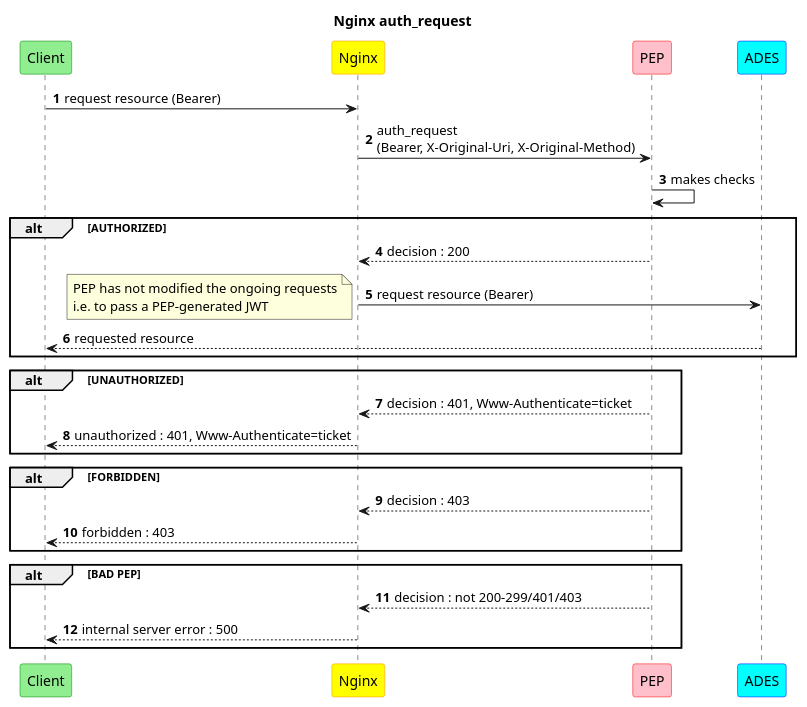
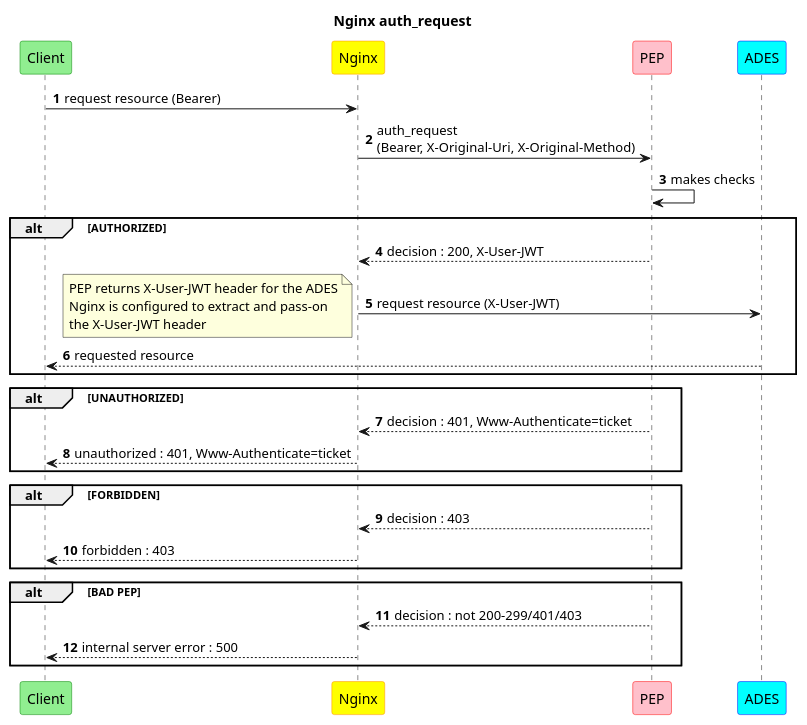
Before and after one commit to rconway/peptest: the diagram in uml/nginx-auth_request-seq.puml, drawn with PlantUML. The commit also changed 2 other files, not shown here.

Commit message:
Add header X-User-JWT returned by the PEP auth_request handler, and passed-on by nginx to the ADES.

```diff
--- a/uml/nginx-auth_request-seq.puml
+++ b/uml/nginx-auth_request-seq.puml
@@ -1,55 +1,55 @@
 @startuml
 title Nginx auth_request
 
 hide stereotype
 
 skinparam participant<<client>> {
   BackgroundColor LightGreen
   BorderColor Green
 }
 skinparam participant<<nginx>> {
   BackgroundColor Yellow
   BorderColor DarkOrange
 }
 skinparam participant<<pep>> {
   BackgroundColor Pink
   BorderColor Red
 }
 skinparam participant<<ades>> {
   BackgroundColor Cyan
   BorderColor Blue
 }
 
 participant "Client" as client<<client>> order 10
 participant "Nginx" as nginx<<nginx>> order 20
 participant "PEP" as pep<<pep>> order 30
 participant "ADES" as ades<<ades>> order 40
 
 autonumber
 client -> nginx : request resource (Bearer)
 nginx -> pep : auth_request\n(Bearer, X-Original-Uri, X-Original-Method)
 pep -> pep : makes checks
 
 alt AUTHORIZED
-  nginx <-- pep : decision : 200
-  nginx -> ades : request resource (Bearer)
-  note left: PEP has not modified the ongoing requests\ni.e. to pass a PEP-generated JWT
+  nginx <-- pep : decision : 200, X-User-JWT
+  nginx -> ades : request resource (X-User-JWT)
+  note left: PEP returns X-User-JWT header for the ADES\nNginx is configured to extract and pass-on\nthe X-User-JWT header
   client <-- ades : requested resource
 end
 
 alt UNAUTHORIZED
   nginx <-- pep : decision : 401, Www-Authenticate=ticket
   client <-- nginx : unauthorized : 401, Www-Authenticate=ticket
 end
 
 alt FORBIDDEN
   nginx <-- pep : decision : 403
   client <-- nginx : forbidden : 403
 end
 
 alt BAD PEP
   nginx <-- pep : decision : not 200-299/401/403
   client <-- nginx : internal server error : 500
 end
 
 @enduml
```
